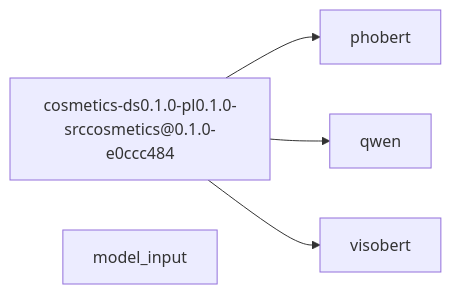
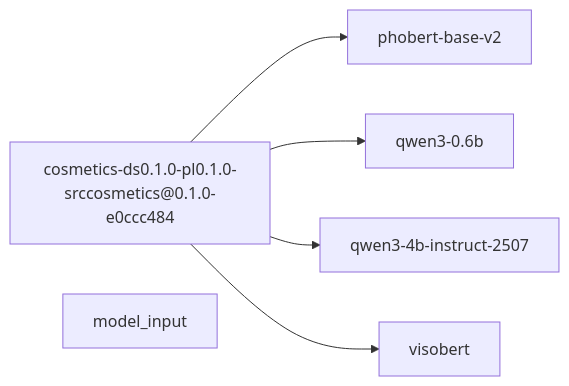
The diagram in data/reports/model_input/model_input.md (TrieuKhac-dev/SentimentX), drawn with Mermaid before and after one commit. The commit also changed 11 other files, not shown here.

````diff
--- a/data/reports/model_input/model_input.md
+++ b/data/reports/model_input/model_input.md
@@ -3,11 +3,13 @@
 ```mermaid
 graph LR
   n1["cosmetics-ds0.1.0-pl0.1.0-srccosmetics@0.1.0-e0ccc484"]
-  n2["phobert"]
-  n3["qwen"]
-  n4["visobert"]
-  n5["model_input"]
+  n2["phobert-base-v2"]
+  n3["qwen3-0.6b"]
+  n4["qwen3-4b-instruct-2507"]
+  n5["visobert"]
+  n6["model_input"]
   n1 --> n2
   n1 --> n3
   n1 --> n4
+  n1 --> n5
 ```
````
